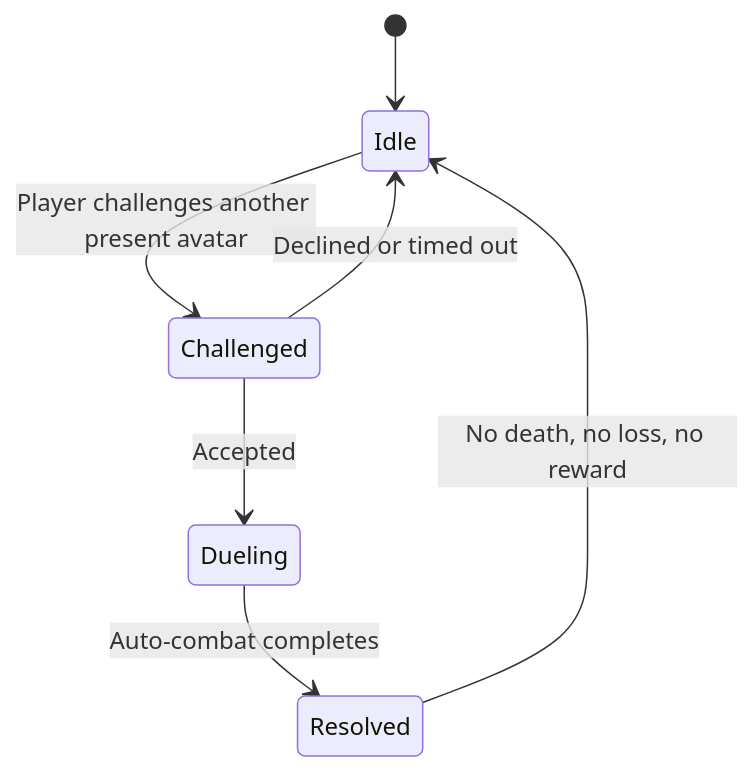
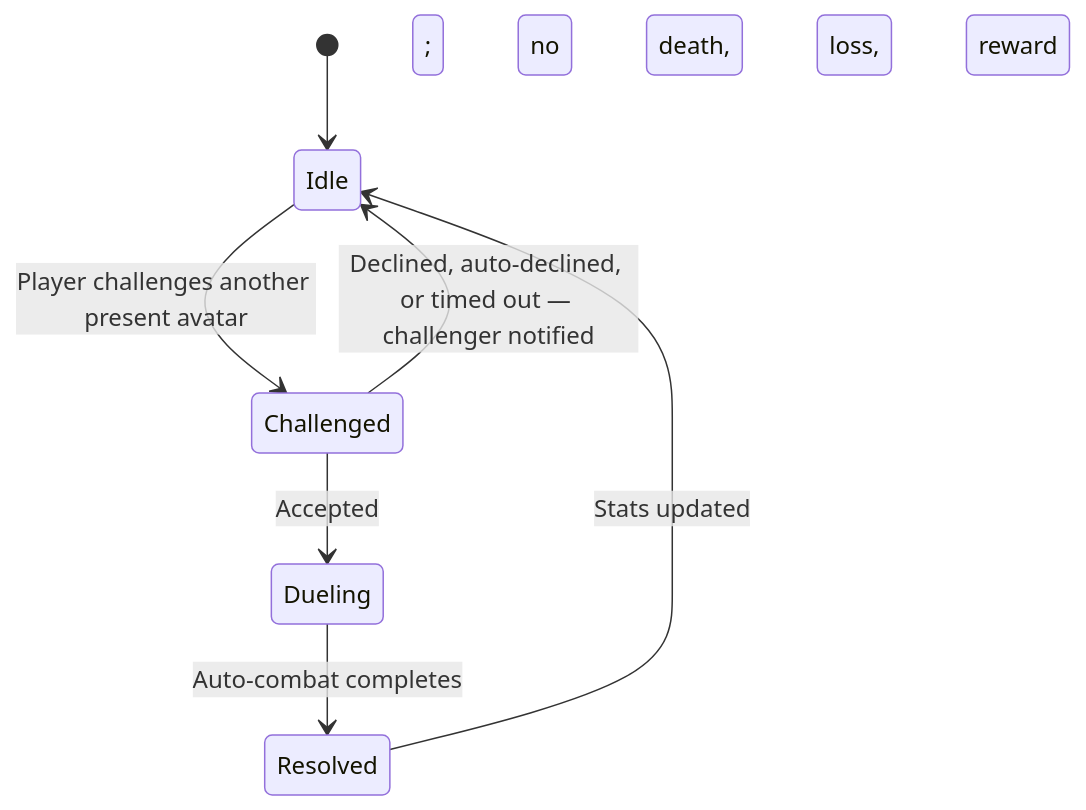
One commit to jhofer/ar-map-game changed the second of 2 diagrams in docs/design/entities.md. Above: the diagram before and after it, drawn with Mermaid. The commit also changed other lines of this file and 16 other files, not shown here.

````diff
--- a/docs/design/entities.md
+++ b/docs/design/entities.md
@@ -89,9 +97,9 @@
 ```mermaid
 stateDiagram-v2
     [*] --> Idle
     Idle --> Challenged: Player challenges another present avatar
-    Challenged --> Idle: Declined or timed out
+    Challenged --> Idle: Declined, auto-declined, or timed out — challenger notified
     Challenged --> Dueling: Accepted
     Dueling --> Resolved: Auto-combat completes
-    Resolved --> Idle: No death, no loss, no reward
+    Resolved --> Idle: Stats updated; no death, no loss, no reward
 ```
````
